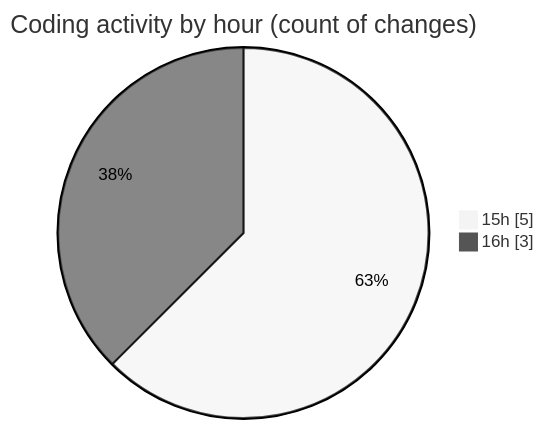
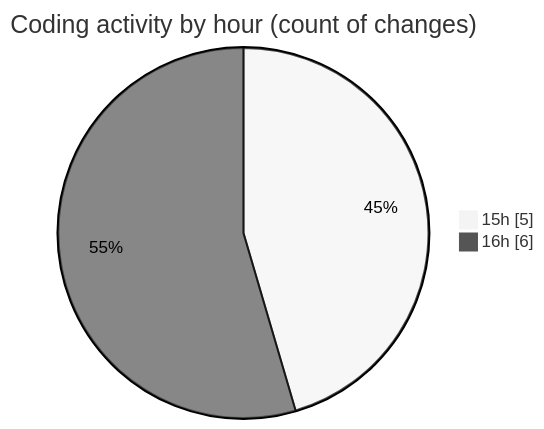
Before and after one commit to ricardozamudiocil/code-tracking: the second of 2 diagrams in 2026-07-09/cilreports__workspace_/README.md, drawn with Mermaid (neutral theme). The commit also changed other lines of this file and 1 other file, not shown here.

````diff
--- a/2026-07-09/cilreports__workspace_/README.md
+++ b/2026-07-09/cilreports__workspace_/README.md
@@ -30,6 +30,6 @@
 ```mermaid
 pie showData
 title Coding activity by hour (count of changes)
 "15h" : 5
-"16h" : 3
+"16h" : 6
 ```
````
